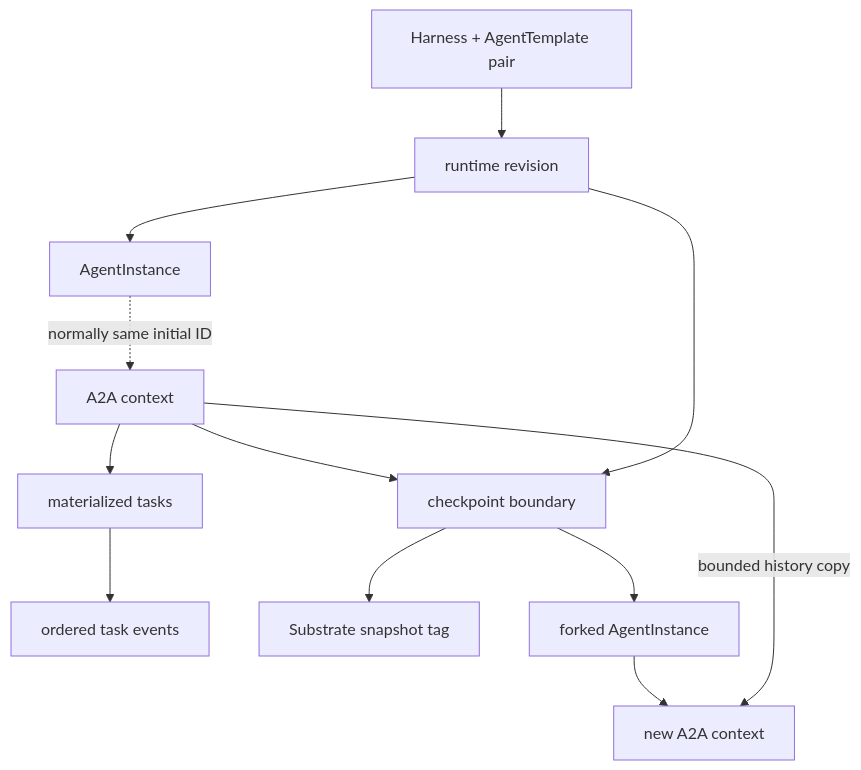
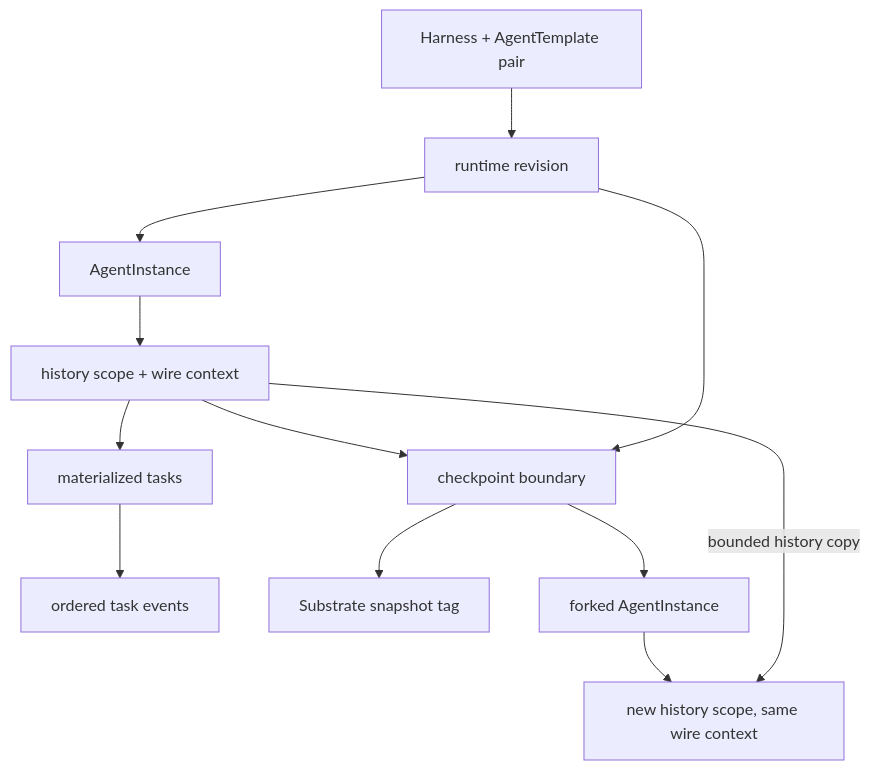
The diagram in docs/architecture/persistence-checkpoints-and-forks.md (kagent-dev/kagent), drawn with Mermaid before and after one commit. The commit also changed other lines of this file and 35 other files, not shown here.

````diff
--- a/docs/architecture/persistence-checkpoints-and-forks.md
+++ b/docs/architecture/persistence-checkpoints-and-forks.md
@@ -26,14 +30,14 @@
 ```mermaid
 flowchart TD
     PAIR[Harness + AgentTemplate pair] --> REV[runtime revision]
     REV --> INSTANCE[AgentInstance]
-    INSTANCE -. normally same initial ID .-> CONTEXT[A2A context]
+    INSTANCE --> CONTEXT[history scope + wire context]
     CONTEXT --> TASK[materialized tasks]
     TASK --> EVENT[ordered task events]
     CONTEXT --> CHECKPOINT[checkpoint boundary]
     REV --> CHECKPOINT
     CHECKPOINT --> TAG[Substrate snapshot tag]
     CHECKPOINT --> FORK[forked AgentInstance]
-    FORK --> NEWCTX[new A2A context]
+    FORK --> NEWCTX[new history scope, same wire context]
     CONTEXT -->|bounded history copy| NEWCTX
 ```
````
